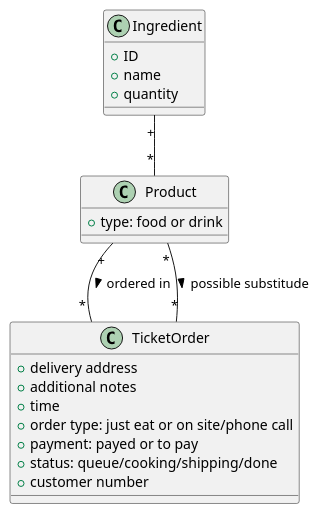
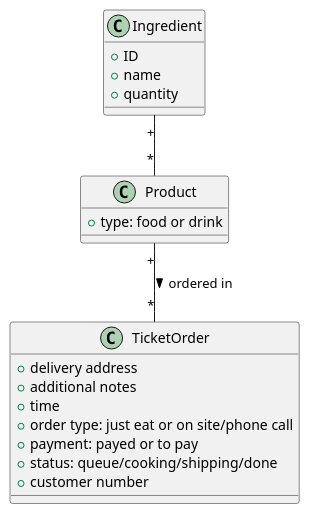
Before and after one commit to MattiaRiola/is-pizzeria-project: the diagram in ReportToBe.md, drawn with PlantUML. The commit also changed other lines of this file, not shown here.

````diff
--- a/ReportToBe.md
+++ b/ReportToBe.md
@@ -71,27 +71,26 @@
 ```plantuml
 @startuml
 class TicketOrder {
   + delivery address
   + additional notes
   + time
   + order type: just eat or on site/phone call
   + payment: payed or to pay
   + status: queue/cooking/shipping/done
   + customer number
 }
 
 class Product {
   + type: food or drink
 }
 
 class Ingredient {
   + ID
   + name
   + quantity
 }
 
 Product "+" -- "*" TicketOrder : ordered in >
-Product "*" -- "*" TicketOrder : possible substitude >
 Ingredient "+" -- "*" Product 
 @enduml
 ```
````
